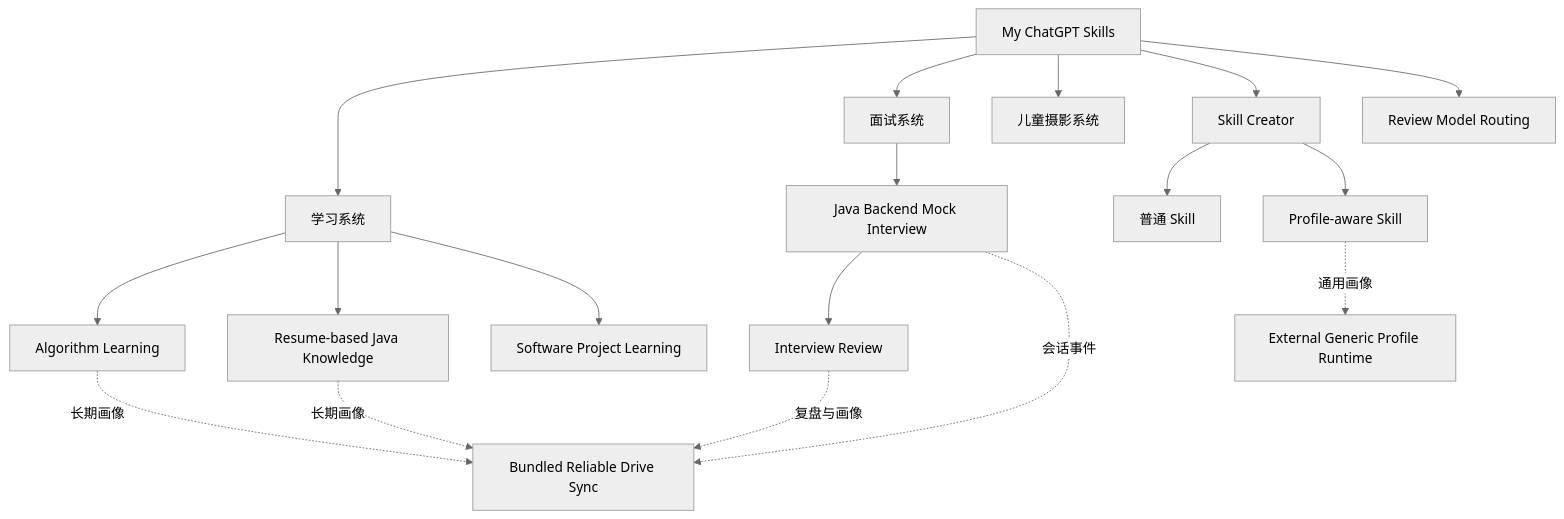
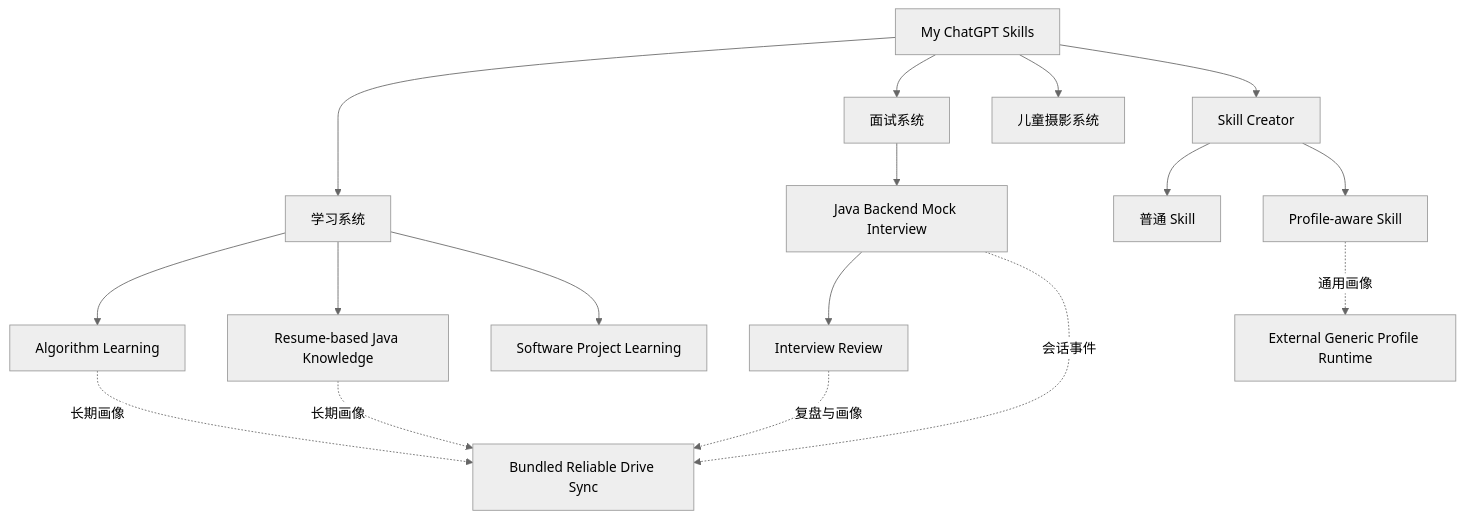
Before and after one commit to gitgotcha/my-chatgpt-skills: the first of 4 diagrams in README.md, drawn with Mermaid (neutral theme). The commit also changed other lines of this file and 11 other files, not shown here.

Commit message:
chore: remove review model routing skill

````diff
--- a/README.md
+++ b/README.md
@@ -40,27 +39,26 @@
 ```mermaid
 flowchart TB
 
     ROOT["My ChatGPT Skills"]
 
     ROOT --> LEARN["学习系统"]
     ROOT --> INTERVIEW["面试系统"]
     ROOT --> PHOTO["儿童摄影系统"]
     ROOT --> CREATOR["Skill Creator"]
-    ROOT --> PLAN["Review Model Routing"]
 
     LEARN --> ALG["Algorithm Learning"]
     LEARN --> JAVA["Resume-based Java Knowledge"]
     LEARN --> PROJECT["Software Project Learning"]
 
     INTERVIEW --> MOCK["Java Backend Mock Interview"]
     MOCK --> REVIEW["Interview Review"]
 
     CREATOR --> PLAIN["普通 Skill"]
     CREATOR --> PROFILE["Profile-aware Skill"]
 
     ALG -.长期画像.-> SYNC["Bundled Reliable Drive Sync"]
     JAVA -.长期画像.-> SYNC
     MOCK -.会话事件.-> SYNC
     REVIEW -.复盘与画像.-> SYNC
     PROFILE -.通用画像.-> GENERIC["External Generic Profile Runtime"]
 ```
````
